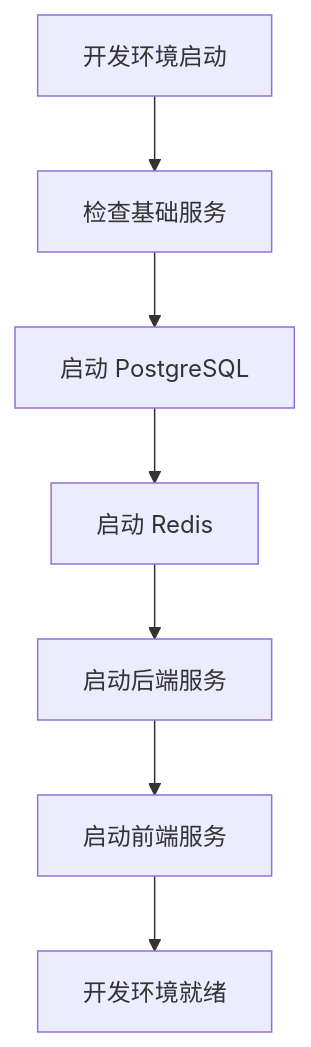
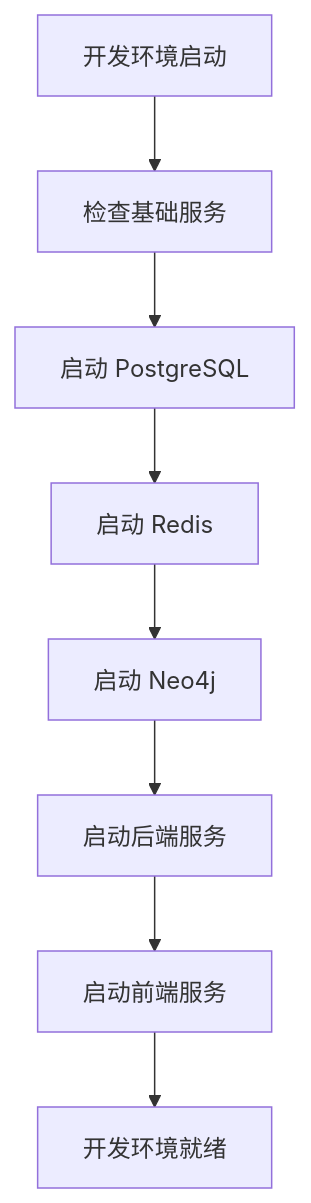
One commit to xfbyxq/ai-novel-system changed diagram 17 of 21 in .qoder/repowiki/zh/content/Docker Deployment.md. Above: the diagram before and after it, drawn with Mermaid. The commit also changed other lines of this file and 19 other files, not shown here.

First line of the commit message:
feat(graph): 新增图数据库完整支持与AI聊天集成

````diff
--- a/.qoder/repowiki/zh/content/Docker Deployment.md
+++ b/.qoder/repowiki/zh/content/Docker Deployment.md
@@ -552,9 +756,10 @@
 ```mermaid
 flowchart TD
 DEV_START[开发环境启动] --> CHECK_SERVICES[检查基础服务]
 CHECK_SERVICES --> START_POSTGRES[启动 PostgreSQL]
 START_POSTGRES --> START_REDIS[启动 Redis]
-START_REDIS --> START_BACKEND[启动后端服务]
+START_REDIS --> START_NEO4J[启动 Neo4j]
+START_NEO4J --> START_BACKEND[启动后端服务]
 START_BACKEND --> START_FRONTEND[启动前端服务]
 START_FRONTEND --> DEV_READY[开发环境就绪]
 ```
````
